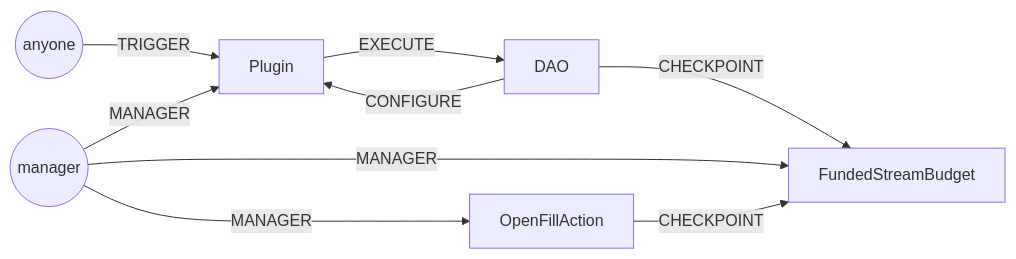
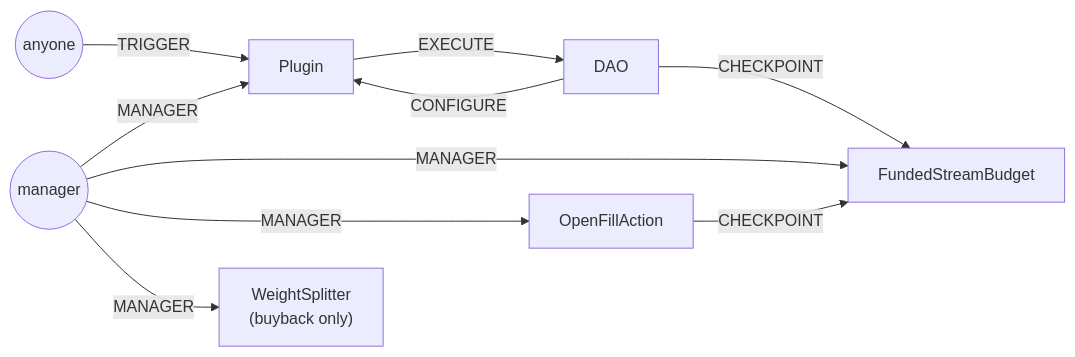
Before and after one commit to antfarm-official/tree-capital: the tenth of 10 diagrams in README.md, drawn with Mermaid. The commit also changed other lines of this file and 24 other files, not shown here.

````diff
--- a/README.md
+++ b/README.md
@@ -390,18 +398,20 @@
 ```mermaid
 flowchart LR
     anyone(("anyone"))
     manager(("manager"))
     dao["DAO"]
     plugin["Plugin"]
     budget["FundedStreamBudget"]
     fill["OpenFillAction"]
+    splitter["WeightSplitter<br/>(buyback only)"]
 
     anyone -- "TRIGGER" --> plugin
     dao -- "CONFIGURE" --> plugin
     plugin -- "EXECUTE" --> dao
     manager -- "MANAGER" --> plugin
     manager -- "MANAGER" --> budget
     manager -- "MANAGER" --> fill
     dao -- "CHECKPOINT" --> budget
     fill -- "CHECKPOINT" --> budget
+    manager -- "MANAGER" --> splitter
 ```
````
